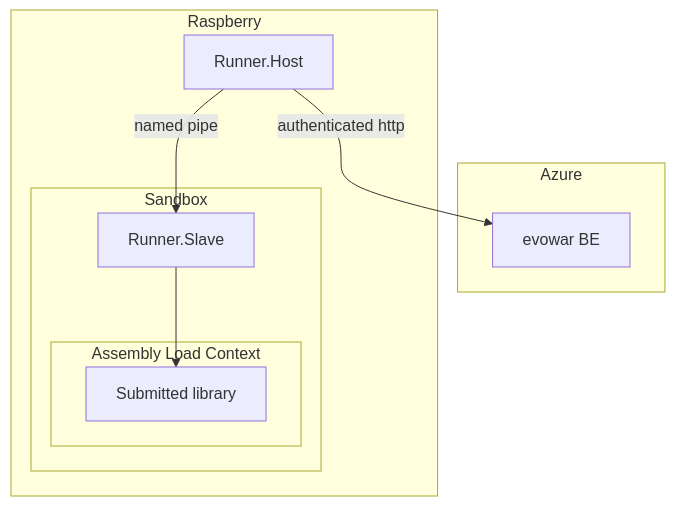
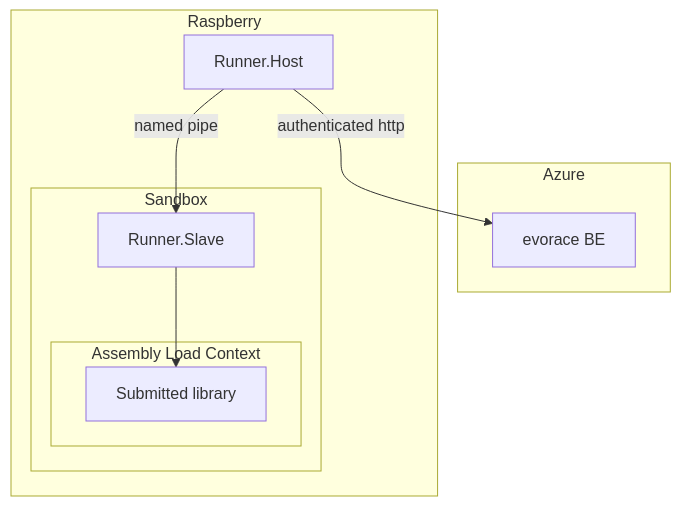
One commit to sanraith/evocontest changed the third of 6 diagrams in docs/architecture.md. Above: the diagram before and after it, drawn with Mermaid. The commit also changed other lines of this file and 230 other files, not shown here.

Commit message:
Renamed evowar to evorace.

````diff
--- a/docs/architecture.md
+++ b/docs/architecture.md
@@ -65,21 +65,21 @@
 ```mermaid
 graph TD
 
 subgraph Azure
-	cloud[evowar BE]
+	cloud[evorace BE]
 end
 
 subgraph Raspberry
 	host[Runner.Host]
 	subgraph Sandbox
 		slave[Runner.Slave]
 		subgraph Assembly Load Context
 			dll[Submitted library]
 		end
 	end
 end
 
 host -->|authenticated http| cloud
 host -->|named pipe| slave
 slave --> dll
 ```
````
